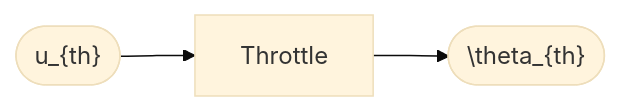
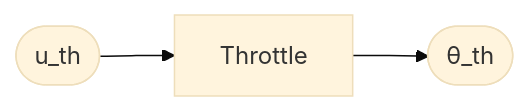
Before and after one commit to MelkorBalrog/VDSS---Vehicle-Dynamics-Safety-Simulator: the second of 19 diagrams in README.md, drawn with Mermaid (base theme). The commit also changed other lines of this file, not shown here.

````diff
--- a/README.md
+++ b/README.md
@@ -156,5 +142,5 @@
 ```mermaid
 flowchart LR
-  u_th(["u_{th}"]) --> Throttle[Throttle]
-  Throttle --> theta_th(["\theta_{th}"])
+  u_th(["u_th"]) --> Throttle[Throttle]
+  Throttle --> theta_th(["θ_th"])
 ```
````
